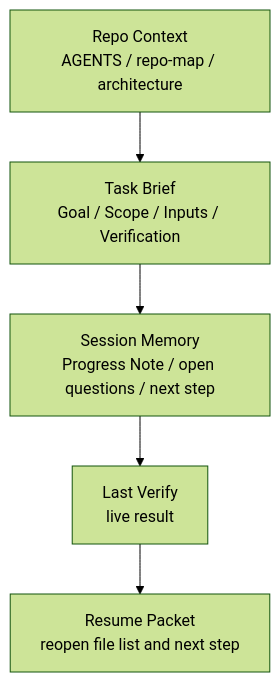
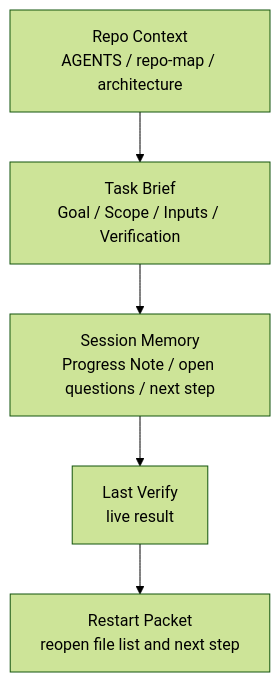
Before and after one commit to itdojp/ai-agent-engineering-book: the diagram in manuscript-en/figures/fig-03-resume-packet.mmd, drawn with Mermaid (forest theme). The commit also changed 5 other files, not shown here.

Commit message:
Align restart packet references across briefs and figures

```diff
--- a/manuscript-en/figures/fig-03-resume-packet.mmd
+++ b/manuscript-en/figures/fig-03-resume-packet.mmd
@@ -1,8 +1,8 @@
 %% title: fig-03 resume packet
 %% chapter: CH07
 %% caption: To resume safely, read downward from repo context to task brief, session memory, and live verify in that order.
 flowchart TB
     A[Repo Context<br/>AGENTS / repo-map / architecture] --> B[Task Brief<br/>Goal / Scope / Inputs / Verification]
     B --> C[Session Memory<br/>Progress Note / open questions / next step]
     C --> D[Last Verify<br/>live result]
-    D --> E[Resume Packet<br/>reopen file list and next step]
+    D --> E[Restart Packet<br/>reopen file list and next step]
```
